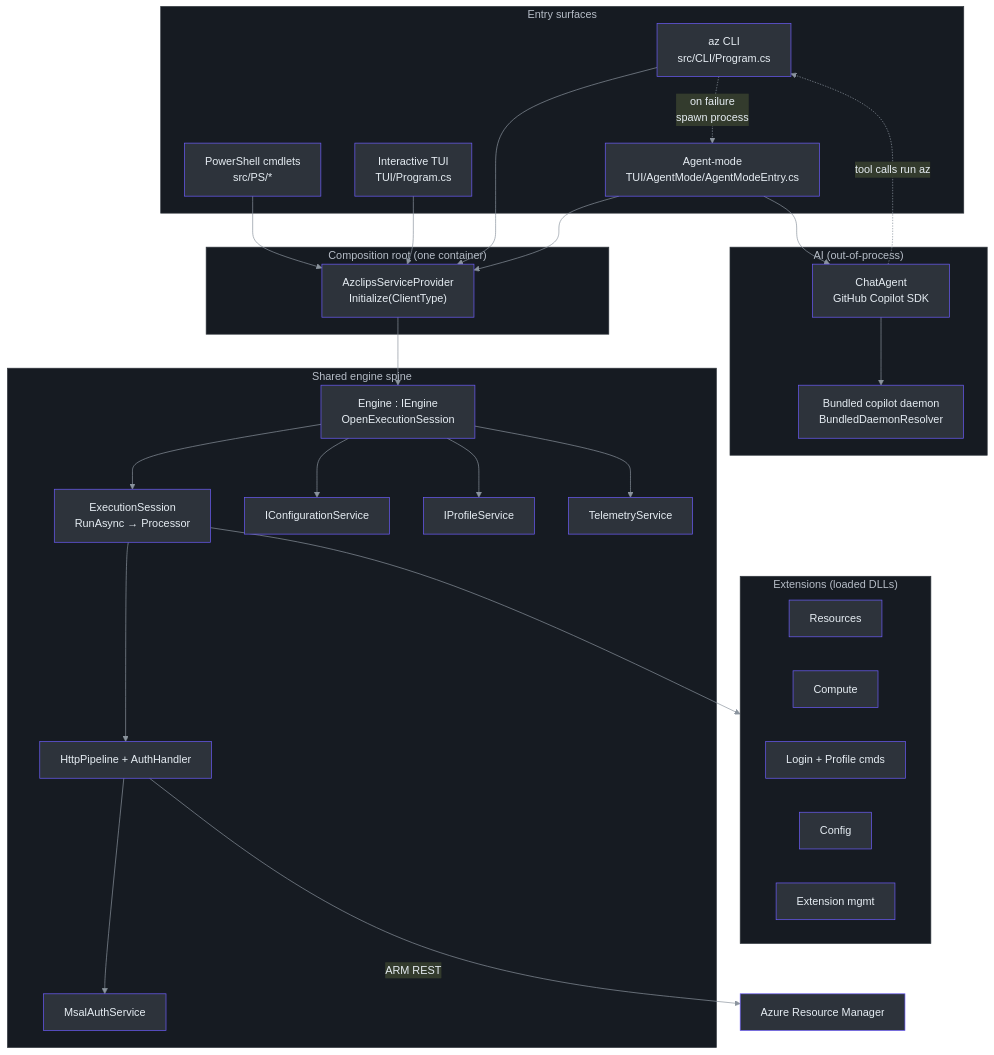
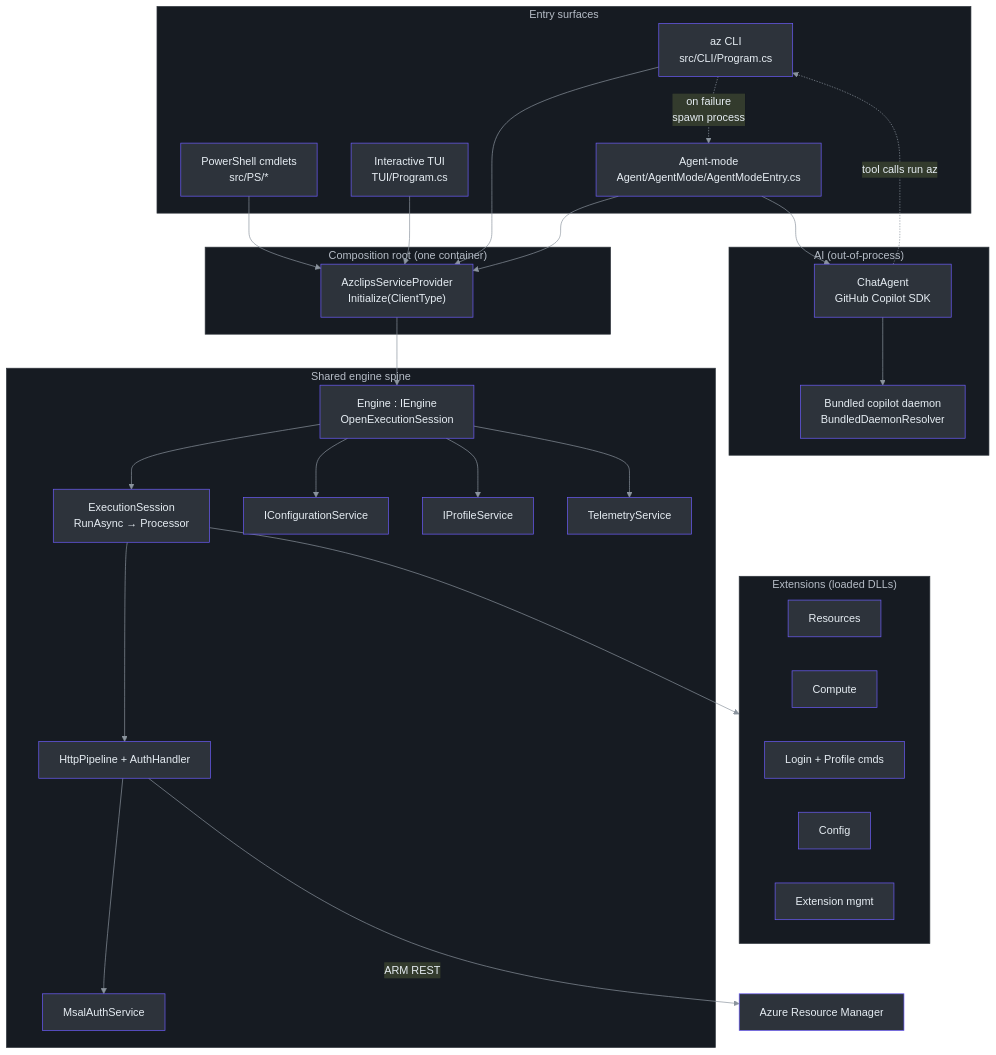
One commit to Azure/azclips changed the first of 5 diagrams in wiki/onboarding-guide.md. Above: the diagram before and after it, drawn with Mermaid. The commit also changed other lines of this file and 19 other files, not shown here.

````diff
--- a/wiki/onboarding-guide.md
+++ b/wiki/onboarding-guide.md
@@ -191,52 +186,52 @@
 ```mermaid
 %%{init: {'theme':'base','themeVariables':{'primaryColor':'#2d333b','primaryBorderColor':'#6d5dfc','primaryTextColor':'#e6edf3','lineColor':'#8b949e','clusterBkg':'#161b22','clusterBorder':'#30363d','fontFamily':'monospace'}}}%%
 flowchart TB
     subgraph surfaces["Entry surfaces"]
         CLI["az CLI<br>src/CLI/Program.cs"]
         PS["PowerShell cmdlets<br>src/PS/*"]
         TUI["Interactive TUI<br>TUI/Program.cs"]
-        AM["Agent-mode<br>TUI/AgentMode/AgentModeEntry.cs"]
+        AM["Agent-mode<br>Agent/AgentMode/AgentModeEntry.cs"]
     end
 
     subgraph root["Composition root (one container)"]
         DI["AzclipsServiceProvider<br>Initialize(ClientType)"]
     end
 
     subgraph core["Shared engine spine"]
         ENG["Engine : IEngine<br>OpenExecutionSession"]
         SESS["ExecutionSession<br>RunAsync → Processor"]
         HTTP["HttpPipeline + AuthHandler"]
         AUTH["MsalAuthService"]
         CFG["IConfigurationService"]
         PROF["IProfileService"]
         TEL["TelemetryService"]
     end
 
     subgraph ext["Extensions (loaded DLLs)"]
         RES["Resources"]
         CMP["Compute"]
         LOG["Login + Profile cmds"]
         CON["Config"]
         EXT["Extension mgmt"]
     end
 
     subgraph ai["AI (out-of-process)"]
         CHAT["ChatAgent<br>GitHub Copilot SDK"]
         DMN["Bundled copilot daemon<br>BundledDaemonResolver"]
     end
 
     CLI --> DI
     PS --> DI
     TUI --> DI
     AM --> DI
     DI --> ENG --> SESS --> HTTP --> AUTH
     ENG --> CFG
     ENG --> PROF
     ENG --> TEL
     SESS --> ext
     HTTP -->|"ARM REST"| AZ["Azure Resource Manager"]
 
     CLI -.->|"on failure<br>spawn process"| AM
     AM --> CHAT --> DMN
     CHAT -.->|"tool calls run az"| CLI
 ```
````
